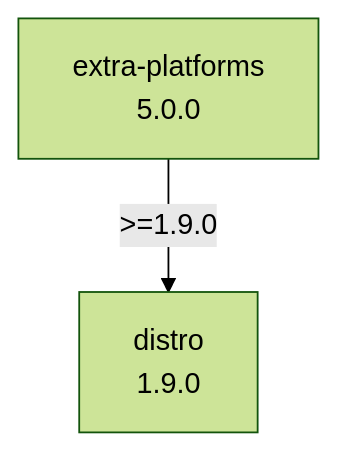
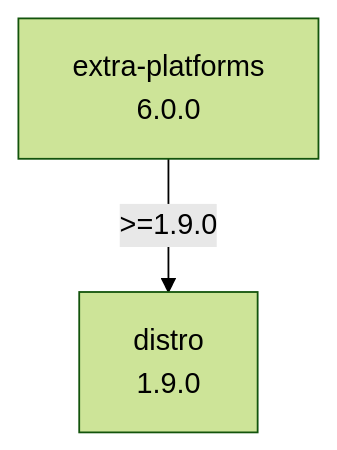
One commit to kdeldycke/extra-platforms changed the diagram in docs/assets/dependencies.mmd. Above: the diagram before and after it, drawn with Mermaid (forest theme).

Commit message:
[autofix] Regenerate dependency graph

```diff
--- a/docs/assets/dependencies.mmd
+++ b/docs/assets/dependencies.mmd
@@ -1,5 +1,5 @@
 flowchart TD
     classDef missing stroke-dasharray: 5
     distro["distro\n1.9.0"]
-    extra-platforms["extra-platforms\n5.0.0"]
+    extra-platforms["extra-platforms\n6.0.0"]
     extra-platforms -- ">=1.9.0" --> distro
```
